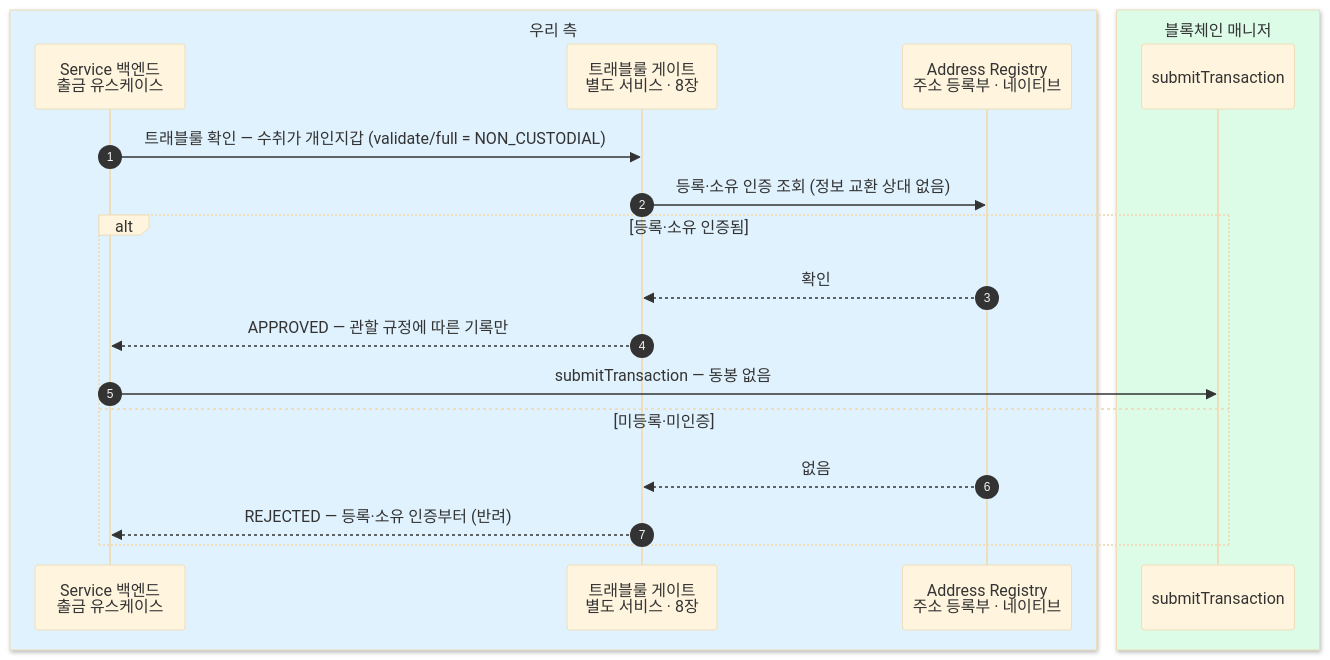
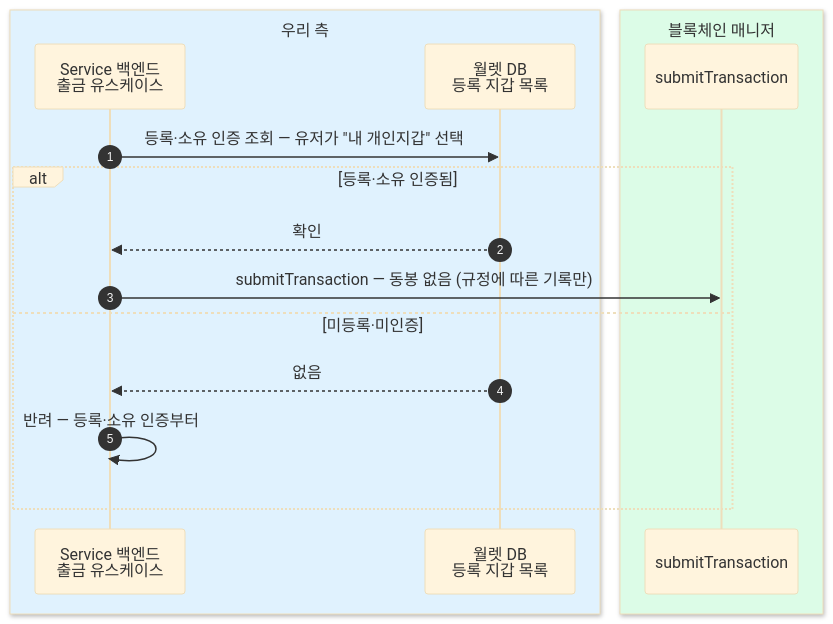
One commit to eunsujeo/eunpus changed the eighth of 11 diagrams in blockchain-manager/docs/트래블룰/설계/07-scenarios.md. Above: the diagram before and after it, drawn with Mermaid (base theme). The commit also changed other lines of this file and 8 other files, not shown here.

First line of the commit message:
개인지갑 확인을 월렛 자체 처리로 — 컴플라이언스는 거래소 상대 트래블룰 전용

````diff
--- a/blockchain-manager/docs/트래블룰/설계/07-scenarios.md
+++ b/blockchain-manager/docs/트래블룰/설계/07-scenarios.md
@@ -365,23 +365,20 @@
 ```mermaid
 sequenceDiagram
     autonumber
     box rgb(224,242,254) 우리 측
     participant BE as Service 백엔드<br/>출금 유스케이스
-    participant GT as 트래블룰 게이트<br/>별도 서비스 · 8장
-    participant AR as Address Registry<br/>주소 등록부 · 네이티브
+    participant WDB as 월렛 DB<br/>등록 지갑 목록
     end
     box rgb(220,252,231) 블록체인 매니저
     participant BM as submitTransaction
     end
 
-    BE->>GT: 트래블룰 확인 — 수취가 개인지갑 (validate/full = NON_CUSTODIAL)
-    GT->>AR: 등록·소유 인증 조회 (정보 교환 상대 없음)
+    BE->>WDB: 등록·소유 인증 조회 — 유저가 "내 개인지갑" 선택
     alt 등록·소유 인증됨
-        AR-->>GT: 확인
-        GT-->>BE: APPROVED — 관할 규정에 따른 기록만
-        BE->>BM: submitTransaction — 동봉 없음
+        WDB-->>BE: 확인
+        BE->>BM: submitTransaction — 동봉 없음 (규정에 따른 기록만)
     else 미등록·미인증
-        AR-->>GT: 없음
-        GT-->>BE: REJECTED — 등록·소유 인증부터 (반려)
+        WDB-->>BE: 없음
+        BE->>BE: 반려 — 등록·소유 인증부터
     end
 ```
````
